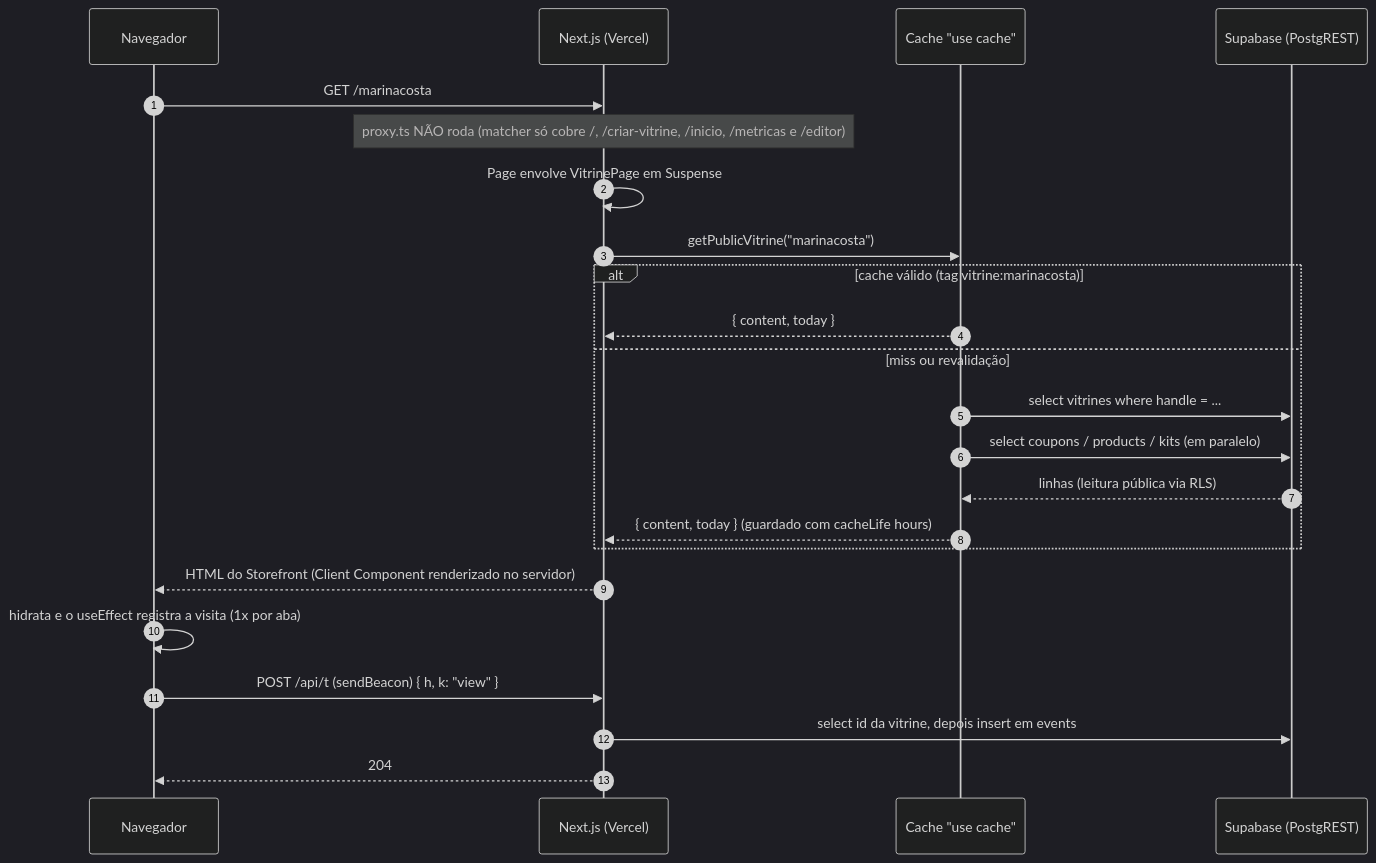
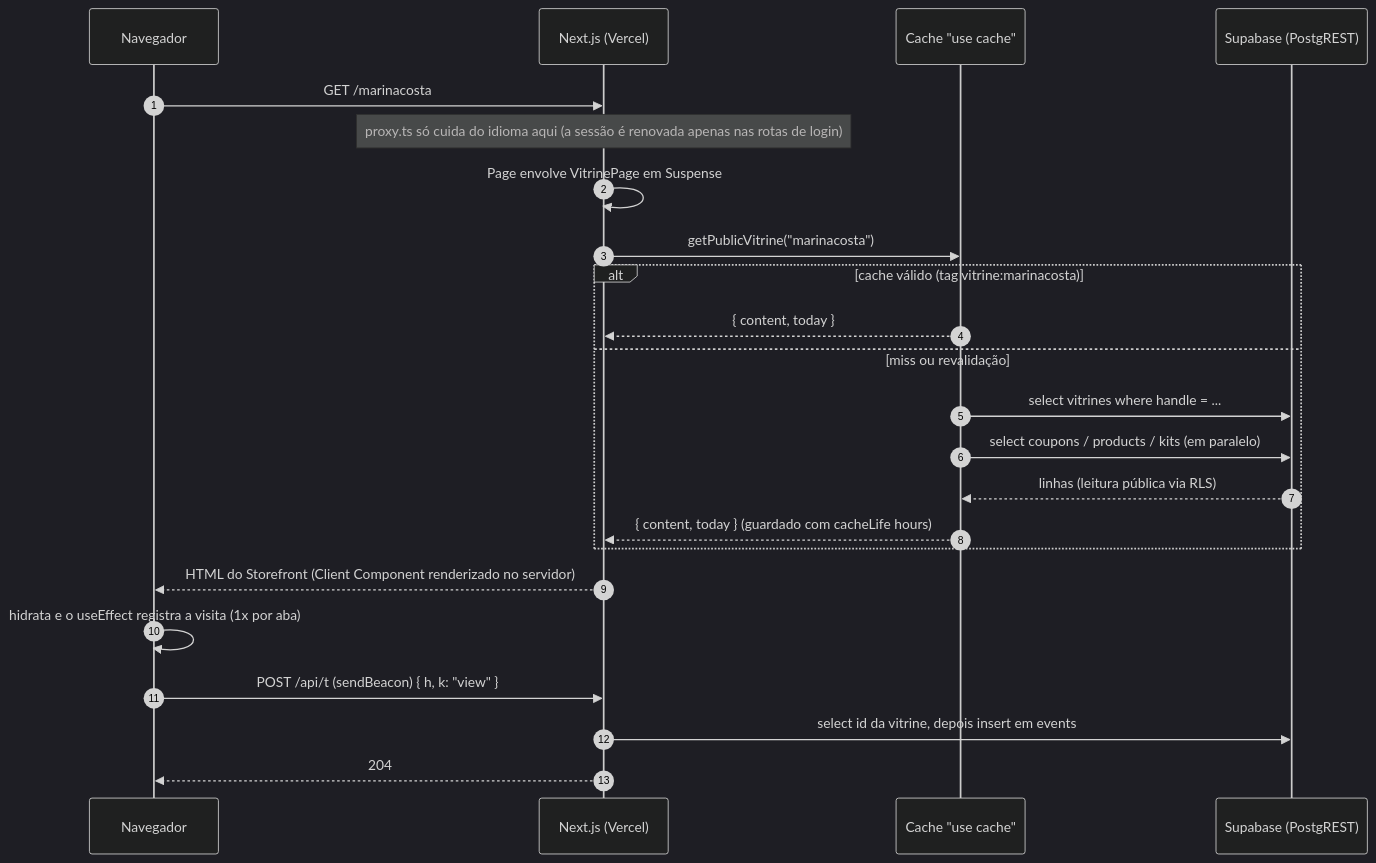
The third of 6 diagrams in docs/architecture.md (estevaons/myvitri), drawn with Mermaid (dark theme) before and after one commit. The commit also changed other lines of this file and 109 other files, not shown here.

````diff
--- a/docs/architecture.md
+++ b/docs/architecture.md
@@ -239,25 +256,25 @@
 ```mermaid
 sequenceDiagram
     autonumber
     participant B as Navegador
     participant N as Next.js (Vercel)
     participant C as Cache "use cache"
     participant S as Supabase (PostgREST)
     B->>N: GET /marinacosta
-    Note over N: proxy.ts NÃO roda (matcher só cobre /, /criar-vitrine, /inicio, /metricas e /editor)
+    Note over N: proxy.ts só cuida do idioma aqui (a sessão é renovada apenas nas rotas de login)
     N->>N: Page envolve VitrinePage em Suspense
     N->>C: getPublicVitrine("marinacosta")
     alt cache válido (tag vitrine:marinacosta)
         C-->>N: { content, today }
     else miss ou revalidação
         C->>S: select vitrines where handle = ...
         C->>S: select coupons / products / kits (em paralelo)
         S-->>C: linhas (leitura pública via RLS)
         C-->>N: { content, today } (guardado com cacheLife hours)
     end
     N-->>B: HTML do Storefront (Client Component renderizado no servidor)
     B->>B: hidrata e o useEffect registra a visita (1x por aba)
     B->>N: POST /api/t (sendBeacon) { h, k: "view" }
     N->>S: select id da vitrine, depois insert em events
     N-->>B: 204
 ```
````
